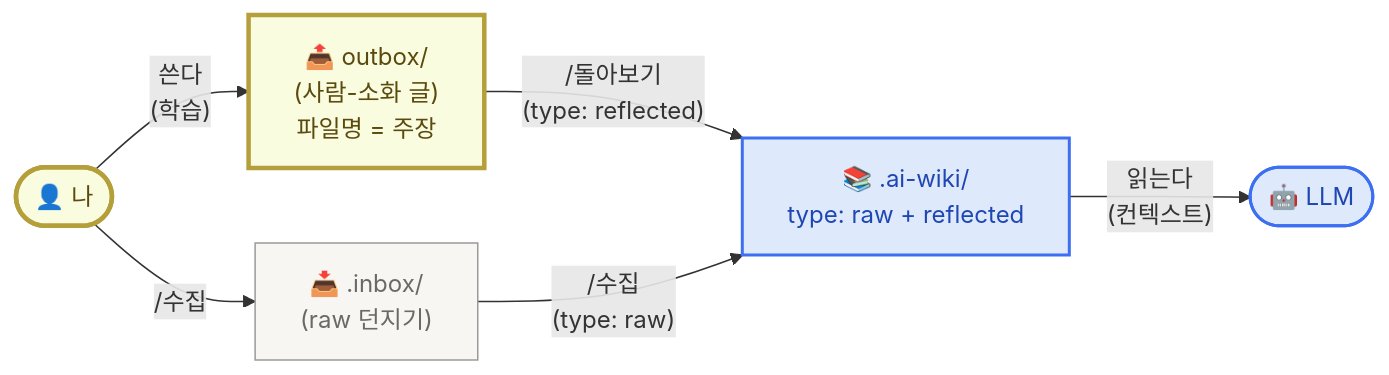
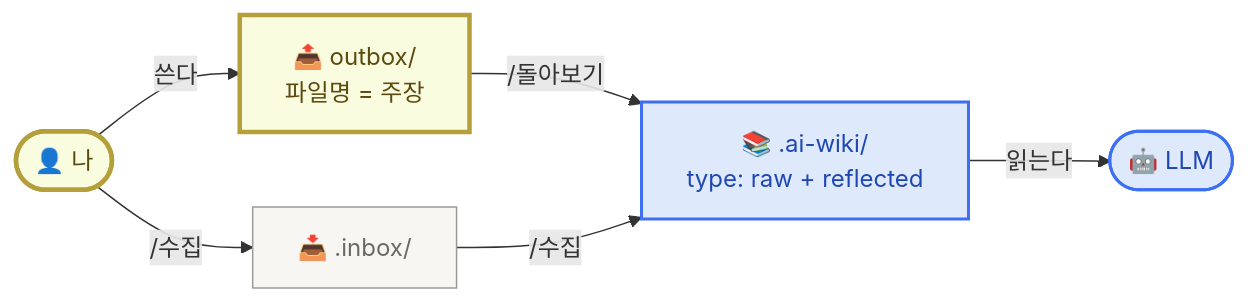
One commit to imakerjun/ai-learning-agent-workshop changed the first of 2 diagrams in content/mechanism.mdx. Above: the diagram before and after it, drawn with Mermaid. The commit also changed other lines of this file and 1 other file, not shown here.

````diff
--- a/content/mechanism.mdx
+++ b/content/mechanism.mdx
@@ -32,25 +32,25 @@
 ```mermaid
 flowchart LR
     Me(["👤 나"])
-    Out["📤 outbox/<br/>(사람-소화 글)<br/>파일명 = 주장"]
-    In["📥 .inbox/<br/>(raw 던지기)"]
+    Out["📤 outbox/<br/>파일명 = 주장"]
+    In["📥 .inbox/"]
     AI["📚 .ai-wiki/<br/>type: raw + reflected"]
     LLM(["🤖 LLM"])
 
-    Me -- "쓴다<br/>(학습)" --> Out
+    Me -- "쓴다" --> Out
     Me -- "/수집" --> In
-    Out -- "/돌아보기<br/>(type: reflected)" --> AI
-    In -- "/수집<br/>(type: raw)" --> AI
-    AI -- "읽는다<br/>(컨텍스트)" --> LLM
+    Out -- "/돌아보기" --> AI
+    In -- "/수집" --> AI
+    AI -- "읽는다" --> LLM
 
     classDef me fill:#fafce0,stroke:#b59f3b,stroke-width:3px,color:#5b4a0e
     classDef out fill:#fafce0,stroke:#b59f3b,stroke-width:3px,color:#5b4a0e
     classDef in fill:#f7f6f3,stroke:#9b9a97,color:#6b6964
     classDef ai fill:#dee9fb,stroke:#3d6ff2,stroke-width:2px,color:#1f47b3
     classDef llm fill:#dee9fb,stroke:#3d6ff2,stroke-width:2px,color:#1f47b3
     class Me me
     class Out out
     class In in
     class AI ai
     class LLM llm
 ```
````
